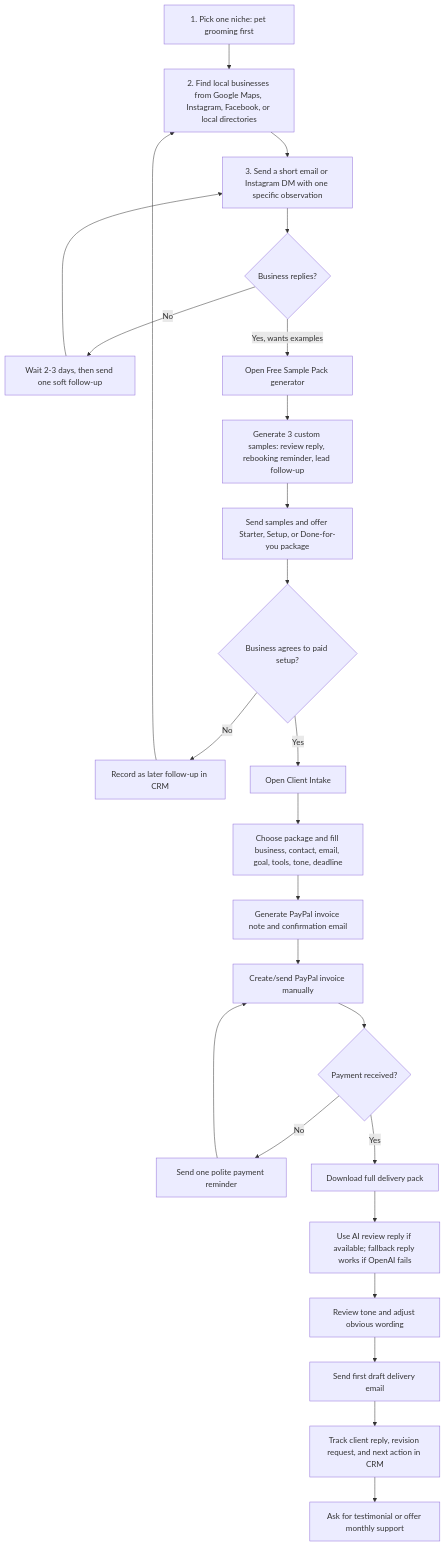
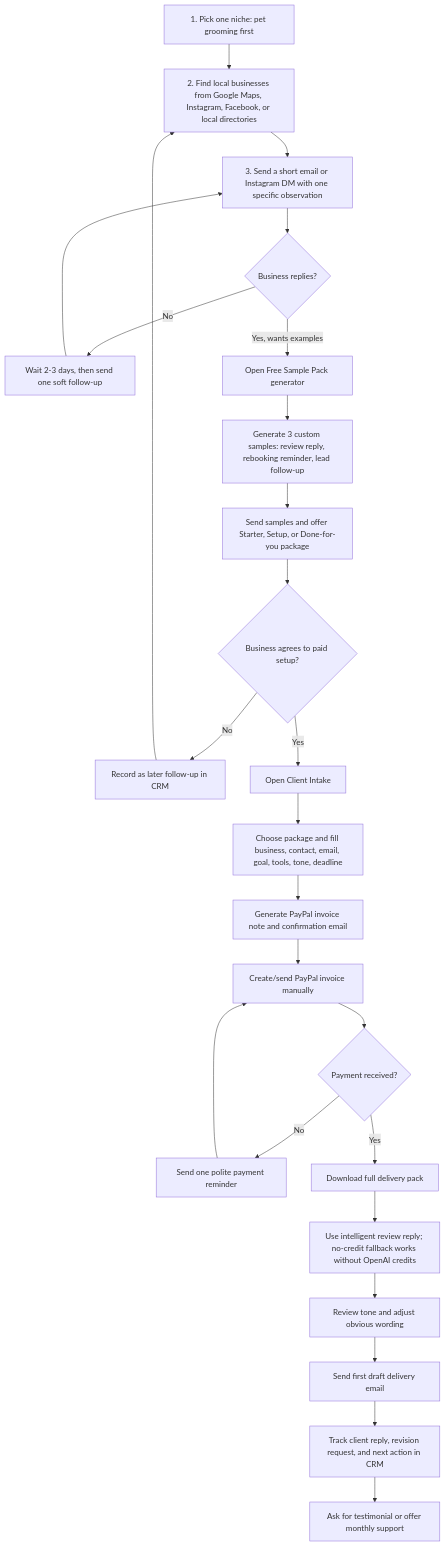
One commit to masonmaiii21-debug/local-retention-kit changed the diagram in sales/usage-flow.md. Above: the diagram before and after it, drawn with Mermaid. The commit also changed other lines of this file and 4 other files, not shown here.

````diff
--- a/sales/usage-flow.md
+++ b/sales/usage-flow.md
@@ -5,27 +5,27 @@
 ```mermaid
 flowchart TD
   A["1. Pick one niche: pet grooming first"] --> B["2. Find local businesses from Google Maps, Instagram, Facebook, or local directories"]
   B --> C["3. Send a short email or Instagram DM with one specific observation"]
   C --> D{"Business replies?"}
   D -- "No" --> E["Wait 2-3 days, then send one soft follow-up"]
   E --> C
   D -- "Yes, wants examples" --> F["Open Free Sample Pack generator"]
   F --> G["Generate 3 custom samples: review reply, rebooking reminder, lead follow-up"]
   G --> H["Send samples and offer Starter, Setup, or Done-for-you package"]
   H --> I{"Business agrees to paid setup?"}
   I -- "No" --> J["Record as later follow-up in CRM"]
   J --> B
   I -- "Yes" --> K["Open Client Intake"]
   K --> L["Choose package and fill business, contact, email, goal, tools, tone, deadline"]
   L --> M["Generate PayPal invoice note and confirmation email"]
   M --> N["Create/send PayPal invoice manually"]
   N --> O{"Payment received?"}
   O -- "No" --> P["Send one polite payment reminder"]
   P --> N
   O -- "Yes" --> Q["Download full delivery pack"]
-  Q --> R["Use AI review reply if available; fallback reply works if OpenAI fails"]
+  Q --> R["Use intelligent review reply; no-credit fallback works without OpenAI credits"]
   R --> S["Review tone and adjust obvious wording"]
   S --> T["Send first draft delivery email"]
   T --> U["Track client reply, revision request, and next action in CRM"]
   U --> V["Ask for testimonial or offer monthly support"]
 ```
````
